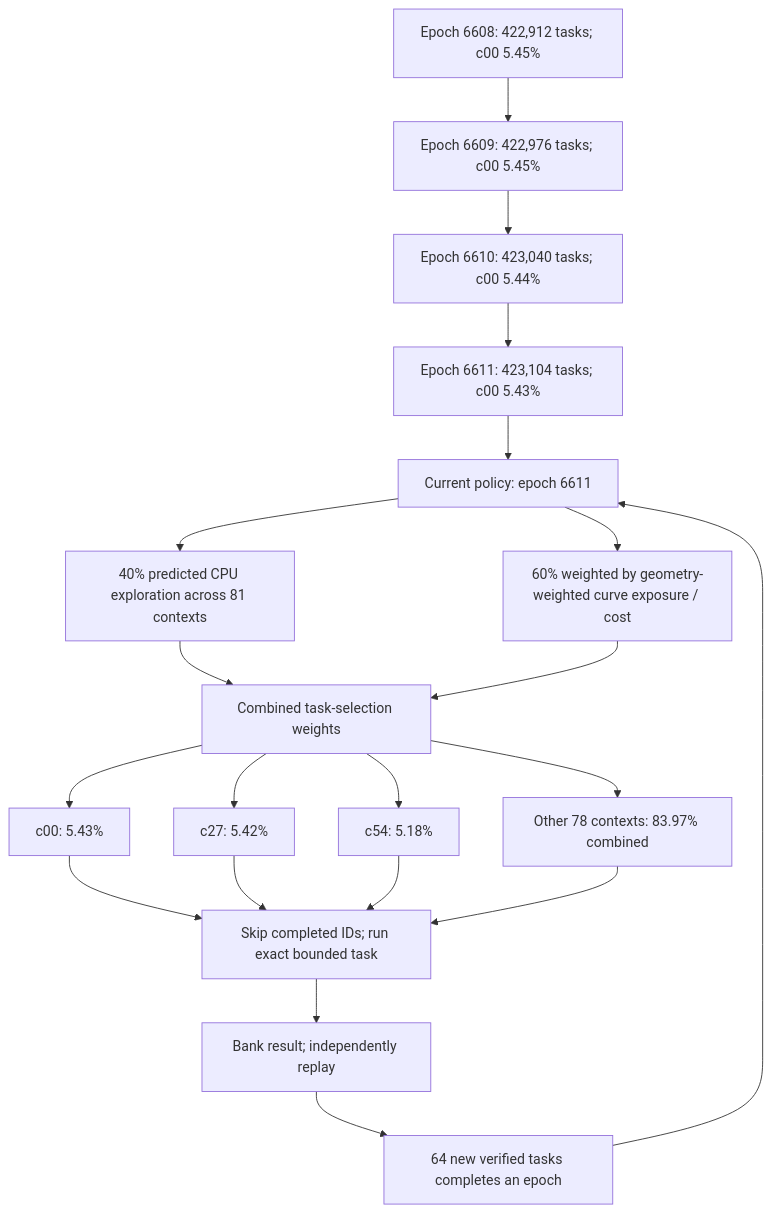
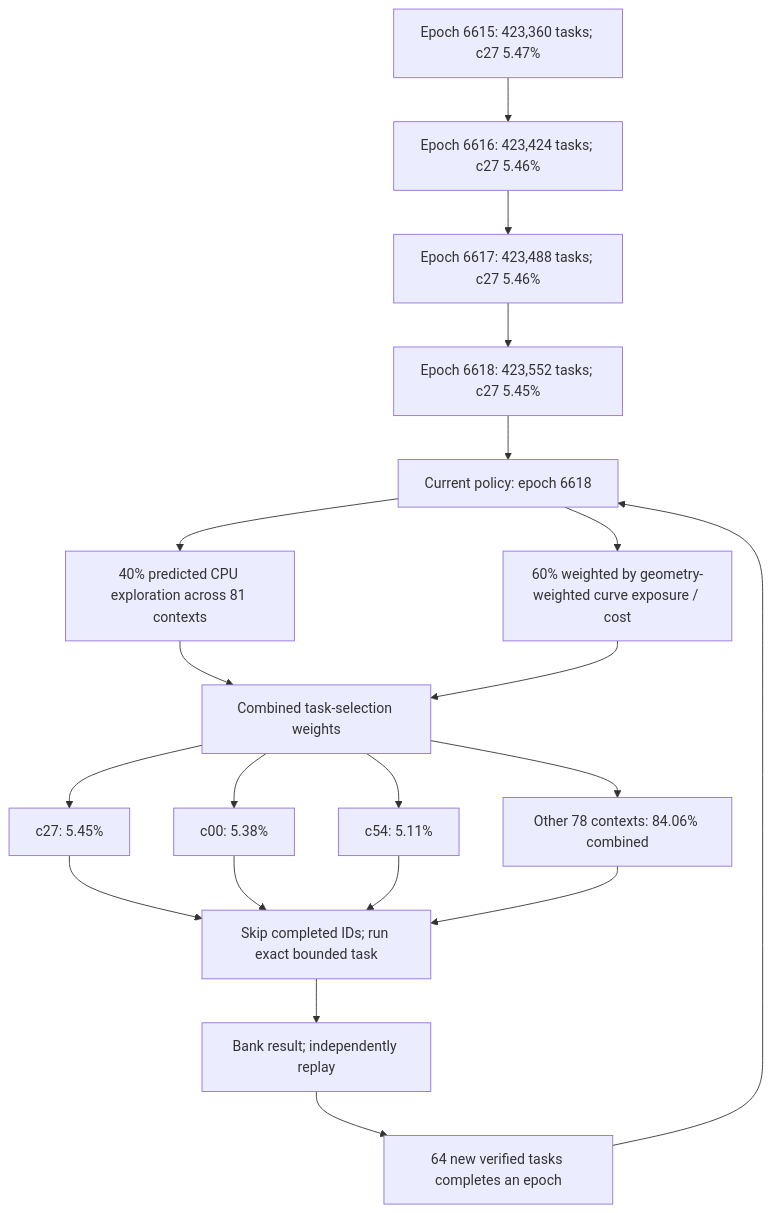
The first of 4 diagrams in README.md (Kuberwastaken/math-gambling), drawn with Mermaid before and after one commit. The commit also changed other lines of this file and 1891 other files, not shown here.

````diff
--- a/README.md
+++ b/README.md
@@ -60,27 +60,27 @@
 ```mermaid
 flowchart TD
-    H0["Epoch 6608: 422,912 tasks; c00 5.45%"]
-    H1["Epoch 6609: 422,976 tasks; c00 5.45%"]
+    H0["Epoch 6615: 423,360 tasks; c27 5.47%"]
+    H1["Epoch 6616: 423,424 tasks; c27 5.46%"]
     H0 --> H1
-    H2["Epoch 6610: 423,040 tasks; c00 5.44%"]
+    H2["Epoch 6617: 423,488 tasks; c27 5.46%"]
     H1 --> H2
-    H3["Epoch 6611: 423,104 tasks; c00 5.43%"]
+    H3["Epoch 6618: 423,552 tasks; c27 5.45%"]
     H2 --> H3
-    Policy["Current policy: epoch 6611"]
+    Policy["Current policy: epoch 6618"]
     H3 --> Policy
     Policy --> Explore["40% predicted CPU exploration across 81 contexts"]
     Policy --> Cost["60% weighted by geometry-weighted curve exposure / cost"]
     Explore --> Mix["Combined task-selection weights"]
     Cost --> Mix
-    Mix --> C0["c00: 5.43%"]
-    Mix --> C1["c27: 5.42%"]
-    Mix --> C2["c54: 5.18%"]
-    Mix --> Rest["Other 78 contexts: 83.97% combined"]
+    Mix --> C0["c27: 5.45%"]
+    Mix --> C1["c00: 5.38%"]
+    Mix --> C2["c54: 5.11%"]
+    Mix --> Rest["Other 78 contexts: 84.06% combined"]
     C0 --> Check["Skip completed IDs; run exact bounded task"]
     C1 --> Check
     C2 --> Check
     Rest --> Check
     Check --> Replay["Bank result; independently replay"]
     Replay --> Gate["64 new verified tasks completes an epoch"]
     Gate --> Policy
 ```
````
